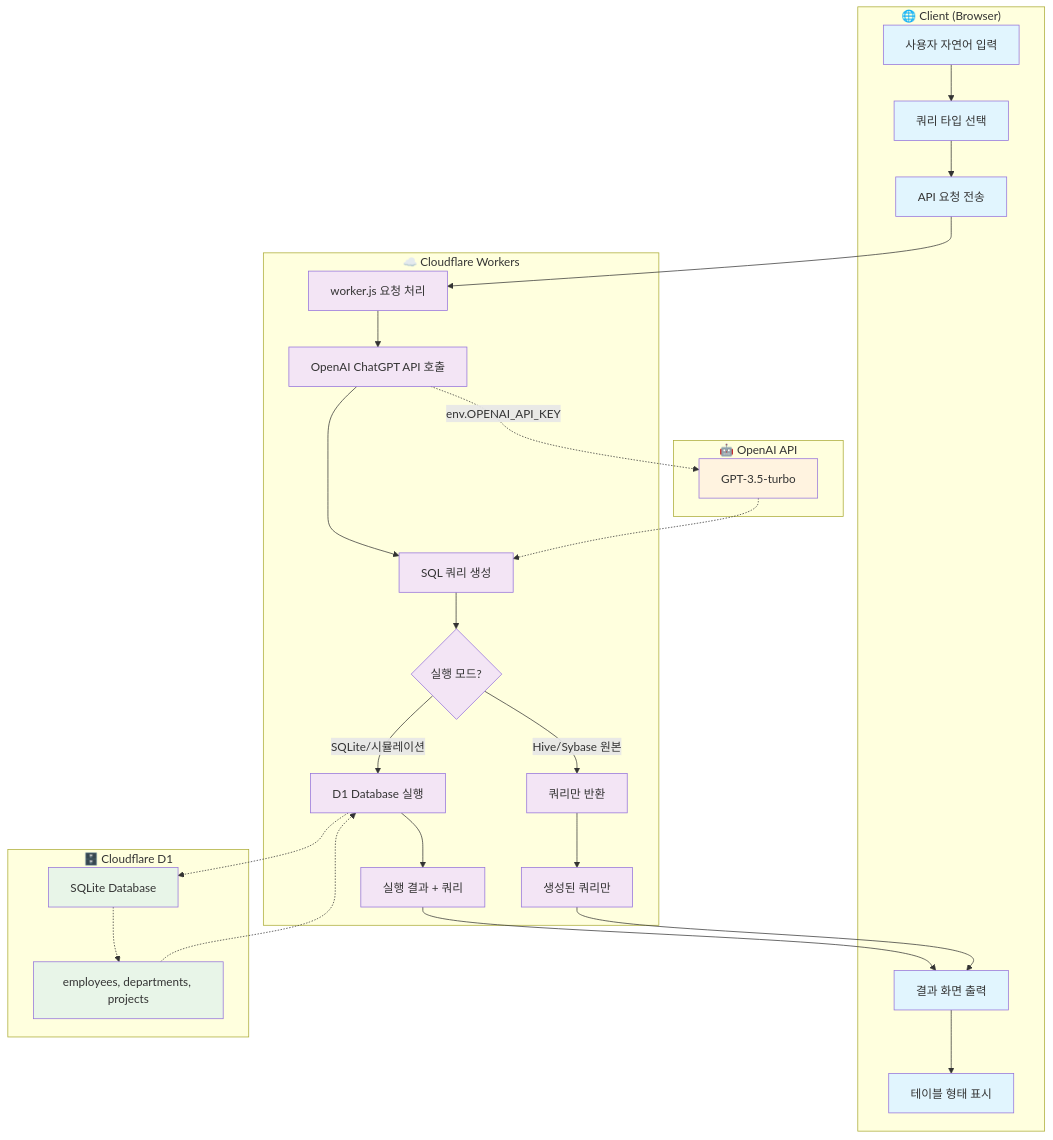
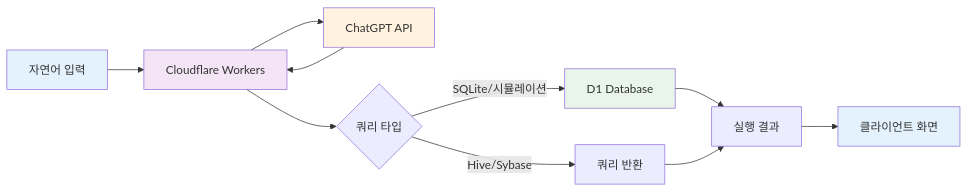
The diagram in README.md (Jeong-jaehoon/CoP_TTSQL), drawn with Mermaid before and after one commit. The commit also changed other lines of this file, not shown here.

Commit message:
✨ 시스템 Flow 도식 간소화
- 복잡한 subgraph 구조를 단순한 LR(좌우) 플로우로 변경
- 핵심 흐름만 표현: 자연어 → Workers → ChatGPT → 분기 → 결과
- 불필요한 세부 노드들 제거하여 가독성 향상
- 보안 섹션도 간결하게 정리

🤖 Generated with [Claude Code](https://claude.ai/code)

````diff
--- a/README.md
+++ b/README.md
@@ -5,45 +5,18 @@
 ```mermaid
-graph TB
-    subgraph "🌐 Client (Browser)"
-        A[사용자 자연어 입력] --> B[쿼리 타입 선택]
-        B --> C[API 요청 전송]
-        H[결과 화면 출력] --> I[테이블 형태 표시]
-    end
+graph LR
+    A[자연어 입력] --> B[Cloudflare Workers]
+    B --> C[ChatGPT API]
+    C --> B
+    B --> D{쿼리 타입}
+    D -->|SQLite/시뮬레이션| E[D1 Database]
+    D -->|Hive/Sybase| F[쿼리 반환]
+    E --> G[실행 결과]
+    F --> G
+    G --> H[클라이언트 화면]
     
-    subgraph "☁️ Cloudflare Workers"
-        C --> D[worker.js 요청 처리]
-        D --> E[OpenAI ChatGPT API 호출]
-        E --> F[SQL 쿼리 생성]
-        F --> G{실행 모드?}
-        
-        G -->|SQLite/시뮬레이션| J[D1 Database 실행]
-        G -->|Hive/Sybase 원본| K[쿼리만 반환]
-        
-        J --> L[실행 결과 + 쿼리]
-        K --> M[생성된 쿼리만]
-        
-        L --> H
-        M --> H
-    end
-    
-    subgraph "🤖 OpenAI API"
-        E -.->|env.OPENAI_API_KEY| N[GPT-3.5-turbo]
-        N -.-> F
-    end
-    
-    subgraph "🗄️ Cloudflare D1"
-        J -.-> O[SQLite Database]
-        O -.-> P[employees, departments, projects]
-        P -.-> J
-    end
-    
-    classDef client fill:#e1f5fe
-    classDef worker fill:#f3e5f5
-    classDef ai fill:#fff3e0
-    classDef db fill:#e8f5e8
-    
-    class A,B,C,H,I client
-    class D,E,F,G,J,K,L,M worker
-    class N ai
-    class O,P db
+    style A fill:#e3f2fd
+    style B fill:#f3e5f5  
+    style C fill:#fff3e0
+    style E fill:#e8f5e8
+    style H fill:#e3f2fd
 ```
````
